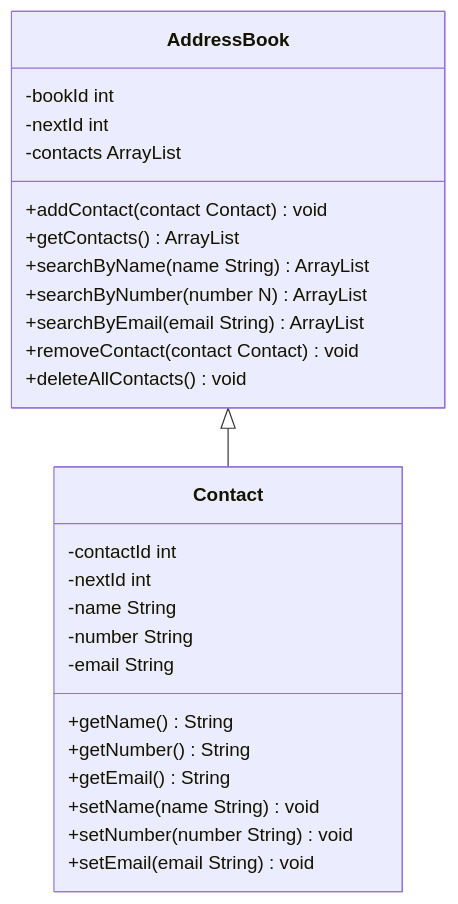
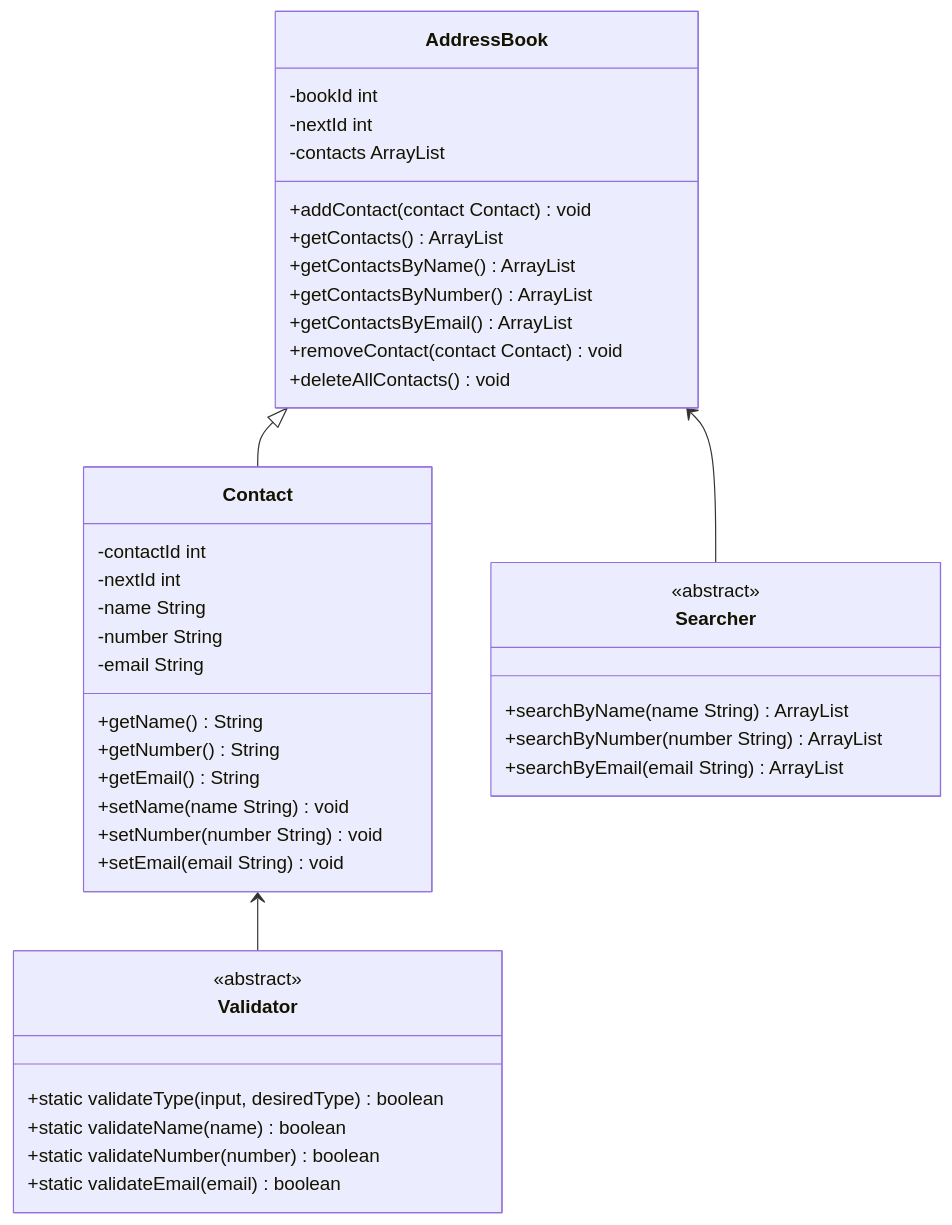
One commit to retcon1/dfa-challenge-3-address-book changed the diagram in docs/domain-models-test-plan.md. Above: the diagram before and after it, drawn with Mermaid. The commit also changed 3 other files, not shown here.

Commit message:
docs: adds Validator and Searcher classes to class diagram

````diff
--- a/docs/domain-models-test-plan.md
+++ b/docs/domain-models-test-plan.md
@@ -43,30 +43,48 @@
 ```mermaid
 classDiagram
     class AddressBook {
         -bookId int
         -nextId int
         -contacts ArrayList<Contact>
         +addContact(contact Contact) void
         +getContacts() ArrayList<Contact>
-        +searchByName(name String) ArrayList<Contact>
-        +searchByNumber(number N) ArrayList<Contact>
-        +searchByEmail(email String) ArrayList<Contact>
+        +getContactsByName() ArrayList<Contact>
+        +getContactsByNumber() ArrayList<Contact>
+        +getContactsByEmail() ArrayList<Contact>
         +removeContact(contact Contact) void
         +deleteAllContacts() void
     }
     
     class Contact {
         -contactId int
         -nextId int
         -name String
         -number String
         -email String
         +getName() String
         +getNumber() String
         +getEmail() String
         +setName(name String) void
         +setNumber(number String) void
         +setEmail(email String) void
     }
+    
+    class Validator {
+        <<abstract>>
+        +static validateType(input, desiredType) boolean
+        +static validateName(name) boolean
+        +static validateNumber(number) boolean
+        +static validateEmail(email) boolean
+    }
+    
+    class Searcher {
+        <<abstract>>
+        +searchByName(name String) ArrayList<Contact>
+        +searchByNumber(number String) ArrayList<Contact>
+        +searchByEmail(email String) ArrayList<Contact>
+    }
+    
     AddressBook <|-- Contact
+    AddressBook <-- Searcher
+    Contact <-- Validator
 ```
````
